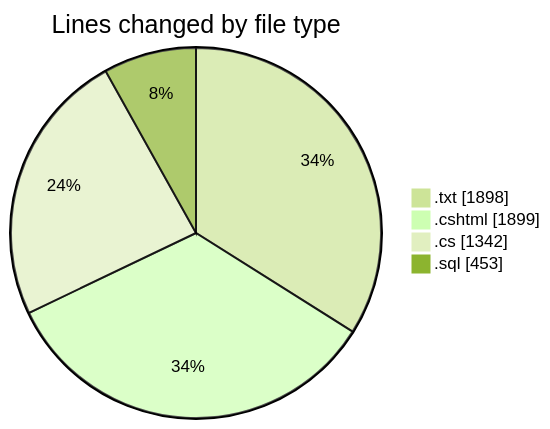
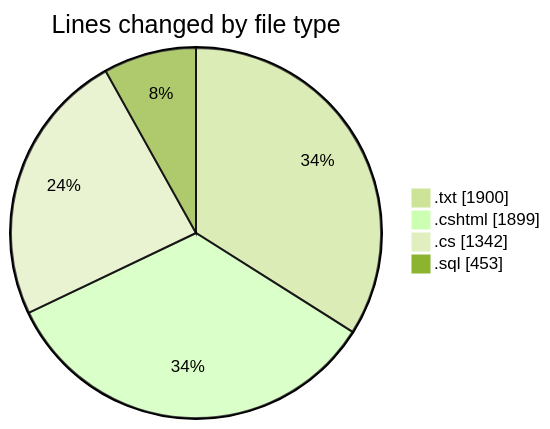
Before and after one commit to lephambinh05/code-tracking: the first of 2 diagrams in 2025-07-25/quanlyrapchieuphim-1/README.md, drawn with Mermaid (forest theme). The commit also changed other lines of this file and 1 other file, not shown here.

````diff
--- a/2025-07-25/quanlyrapchieuphim-1/README.md
+++ b/2025-07-25/quanlyrapchieuphim-1/README.md
@@ -25,8 +25,8 @@
 ```mermaid
 pie showData
 title Lines changed by file type
-".txt" : 1898
+".txt" : 1900
 ".cshtml" : 1899
 ".cs" : 1342
 ".sql" : 453
 ```
````
